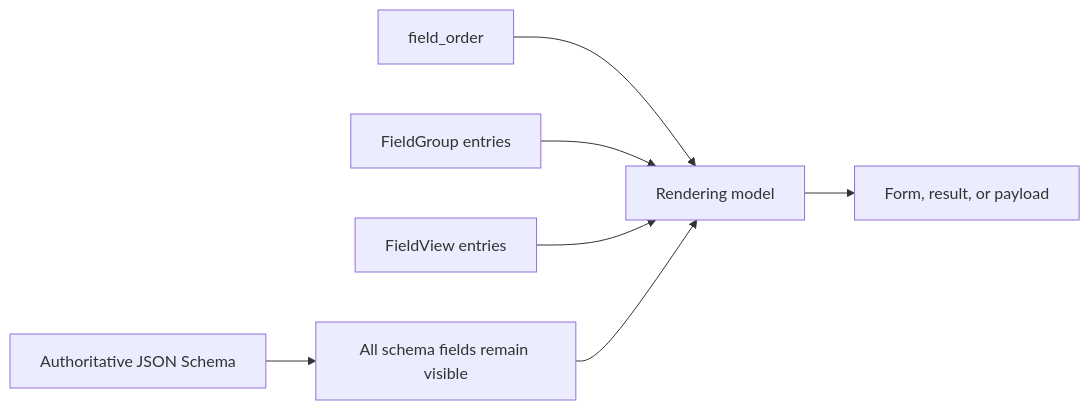
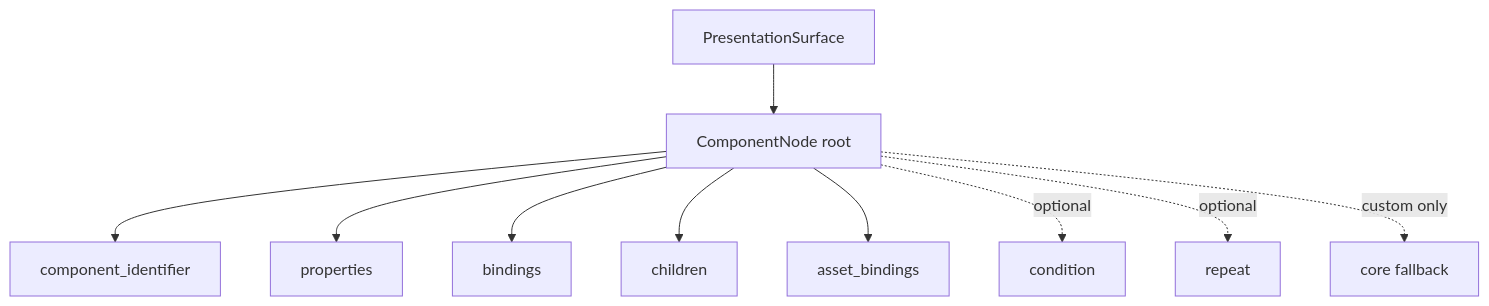
The second of 2 diagrams in docs/v0.1.0/procedures/provider-presentation.md (stateforge-org/stateforge-protocol), drawn with Mermaid before and after one commit. The commit also changed other lines of this file and 16 other files, not shown here.

````diff
--- a/docs/v0.1.0/procedures/provider-presentation.md
+++ b/docs/v0.1.0/procedures/provider-presentation.md
@@ -173,9 +66,12 @@
 ```mermaid
-flowchart LR
-    Schema["Authoritative JSON Schema"] --> Fields["All schema fields remain visible"]
-    Order["field_order"] --> Layout["Rendering model"]
-    Groups["FieldGroup entries"] --> Layout
-    Hints["FieldView entries"] --> Layout
-    Fields --> Layout
-    Layout --> Surface["Form, result, or payload"]
+flowchart TD
+    Surface["PresentationSurface"] --> Root["ComponentNode root"]
+    Root --> ID["component_identifier"]
+    Root --> Props["properties"]
+    Root --> Bindings["bindings"]
+    Root --> Children["children"]
+    Root --> Assets["asset_bindings"]
+    Root -. optional .-> Condition["condition"]
+    Root -. optional .-> Repeat["repeat"]
+    Root -. custom only .-> Fallback["core fallback"]
 ```
````
